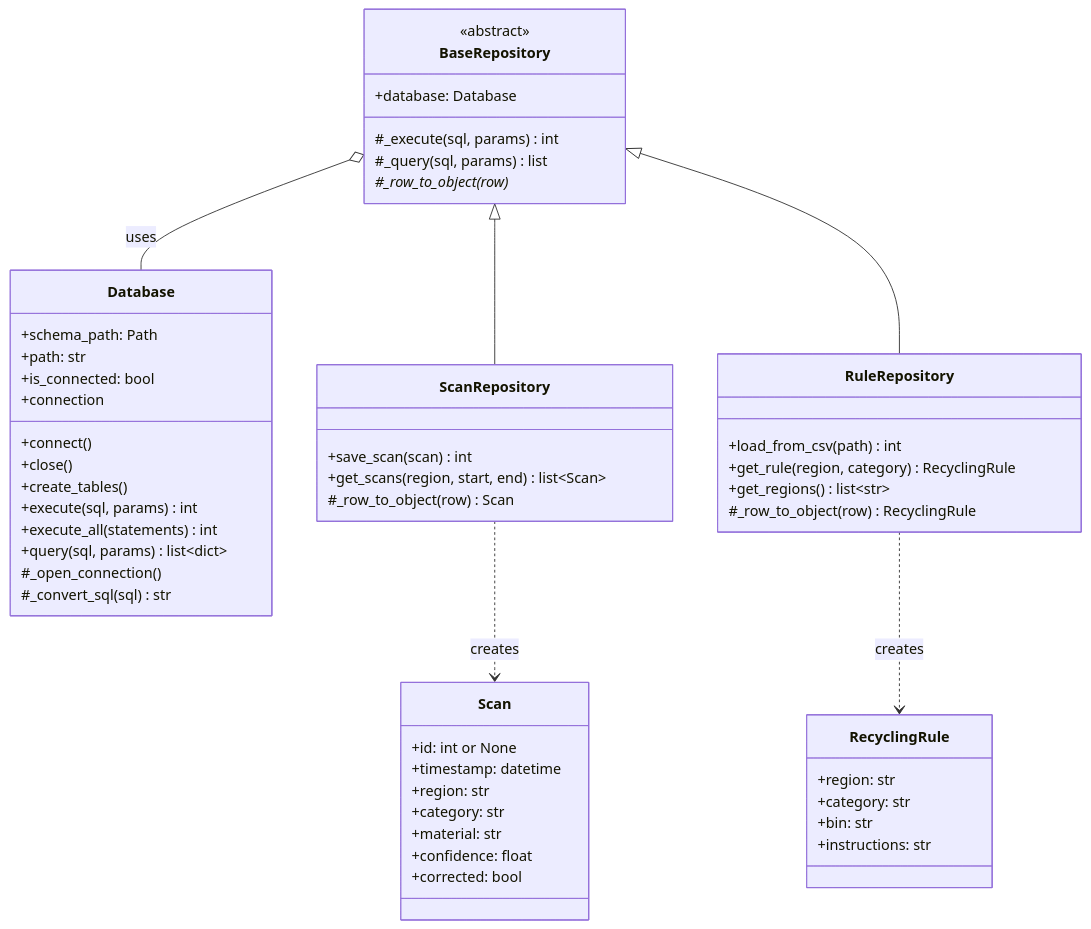
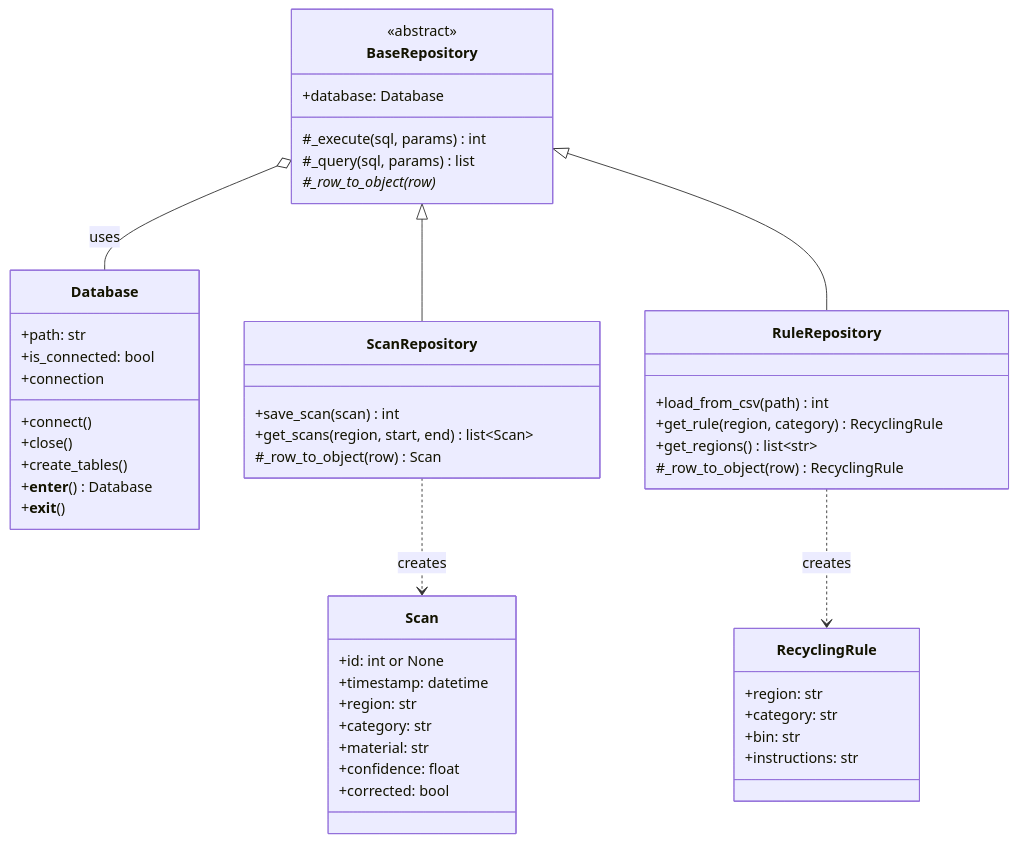
Before and after one commit to Timmyy3000/waste-sorting-assistant: the third of 5 diagrams in README.md, drawn with Mermaid.

Commit message:
docs(ht1): match Database UML to implemented interface

````diff
--- a/README.md
+++ b/README.md
@@ -94,56 +94,52 @@
 ```mermaid
 classDiagram
     direction TB
     class Scan {
         +id: int or None
         +timestamp: datetime
         +region: str
         +category: str
         +material: str
         +confidence: float
         +corrected: bool
     }
     class RecyclingRule {
         +region: str
         +category: str
         +bin: str
         +instructions: str
     }
     class Database {
-        +schema_path: Path
         +path: str
         +is_connected: bool
         +connection
         +connect()
         +close()
         +create_tables()
-        +execute(sql, params) int
-        +execute_all(statements) int
-        +query(sql, params) list~dict~
-        #_open_connection()
-        #_convert_sql(sql) str
+        +__enter__() Database
+        +__exit__()
     }
     class BaseRepository {
         <<abstract>>
         +database: Database
         #_execute(sql, params) int
         #_query(sql, params) list
         #_row_to_object(row)*
     }
     class ScanRepository {
         +save_scan(scan) int
         +get_scans(region, start, end) list~Scan~
         #_row_to_object(row) Scan
     }
     class RuleRepository {
         +load_from_csv(path) int
         +get_rule(region, category) RecyclingRule
         +get_regions() list~str~
         #_row_to_object(row) RecyclingRule
     }
     BaseRepository <|-- ScanRepository
     BaseRepository <|-- RuleRepository
     BaseRepository o-- Database : uses
     ScanRepository ..> Scan : creates
     RuleRepository ..> RecyclingRule : creates
 ```
````
